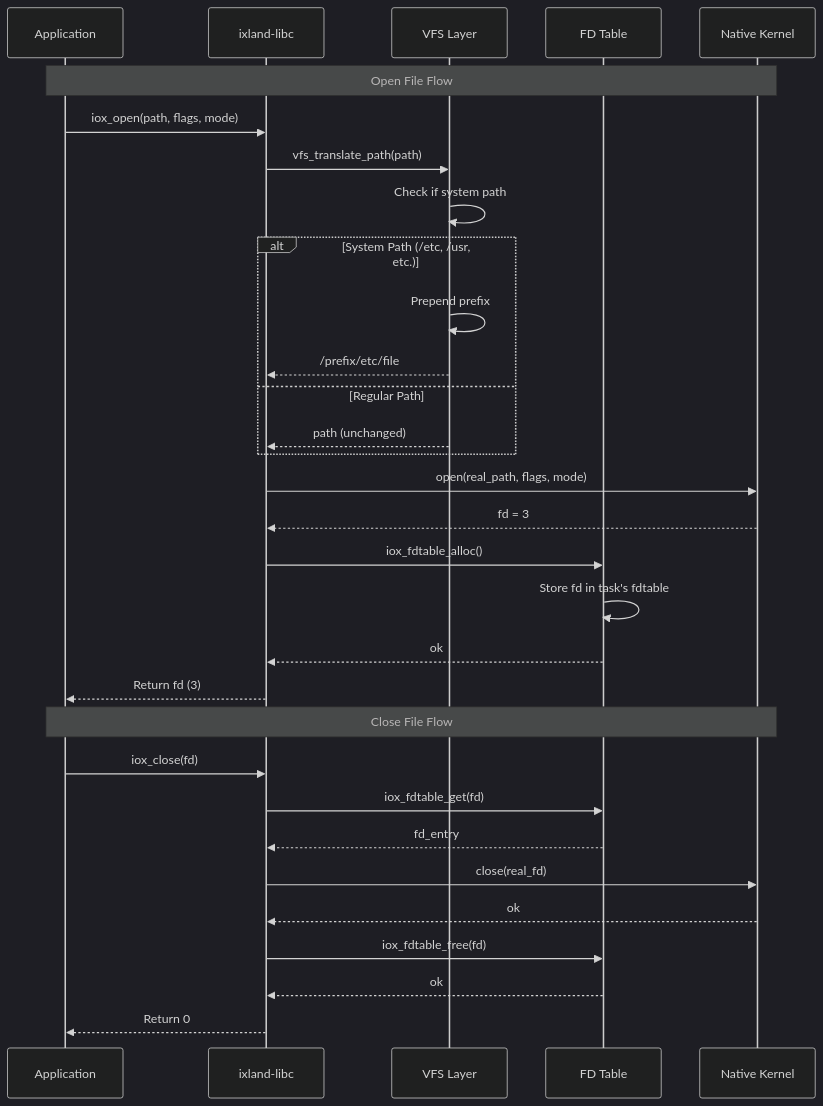
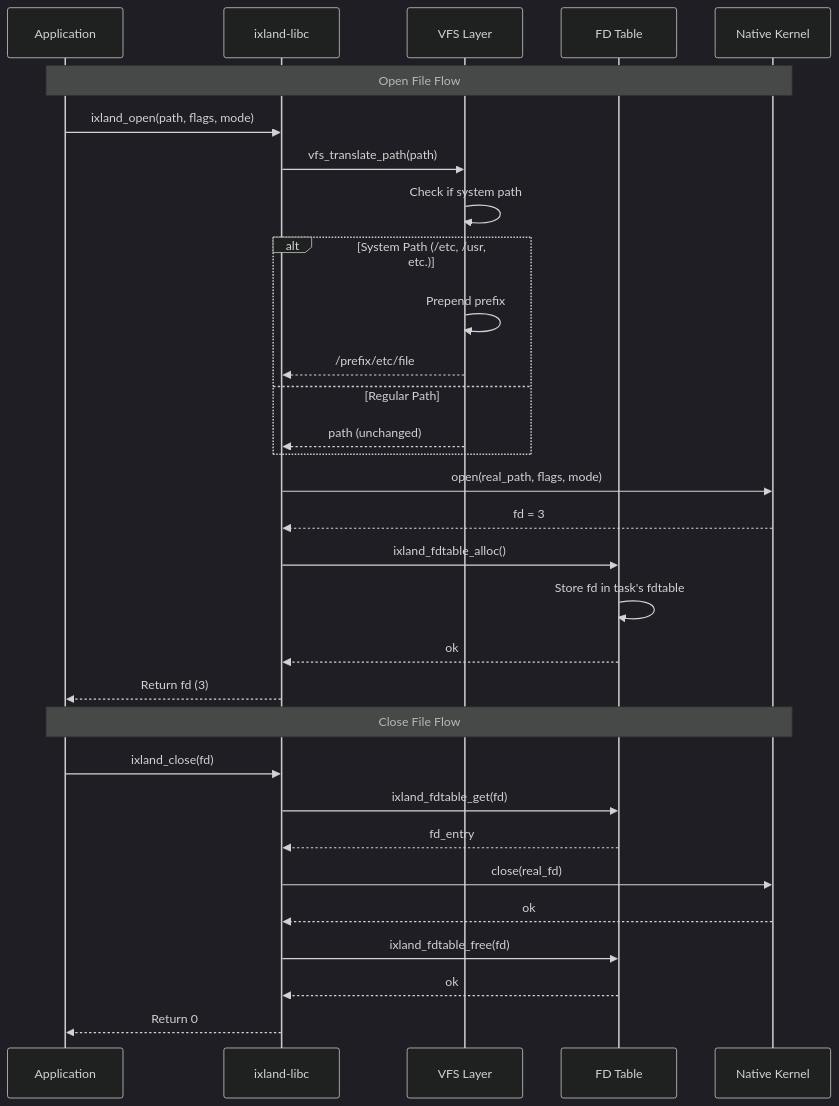
Before and after one commit to rudironsoni/ixland: the sixth of 15 diagrams in docs/ARCHITECTURE_POST_MISSION.md, drawn with Mermaid (dark theme). The commit also changed other lines of this file and 268 other files, not shown here.

Commit message:
refactor(naming): migrate remaining iox identifiers to ixland

````diff
--- a/docs/ARCHITECTURE_POST_MISSION.md
+++ b/docs/ARCHITECTURE_POST_MISSION.md
@@ -287,43 +287,43 @@
 ```mermaid
 sequenceDiagram
     participant App as Application
     participant Libc as ixland-libc
     participant VFS as VFS Layer
     participant FDT as FD Table
     participant Kernel as Native Kernel
 
     Note over App,Kernel: Open File Flow
 
-    App->>Libc: iox_open(path, flags, mode)
+    App->>Libc: ixland_open(path, flags, mode)
     Libc->>VFS: vfs_translate_path(path)
     VFS->>VFS: Check if system path
 
     alt System Path (/etc, /usr, etc.)
         VFS->>VFS: Prepend prefix
         VFS-->>Libc: /prefix/etc/file
     else Regular Path
         VFS-->>Libc: path (unchanged)
     end
 
     Libc->>Kernel: open(real_path, flags, mode)
     Kernel-->>Libc: fd = 3
 
-    Libc->>FDT: iox_fdtable_alloc()
+    Libc->>FDT: ixland_fdtable_alloc()
     FDT->>FDT: Store fd in task's fdtable
     FDT-->>Libc: ok
 
     Libc-->>App: Return fd (3)
 
     Note over App,Kernel: Close File Flow
 
-    App->>Libc: iox_close(fd)
-    Libc->>FDT: iox_fdtable_get(fd)
+    App->>Libc: ixland_close(fd)
+    Libc->>FDT: ixland_fdtable_get(fd)
     FDT-->>Libc: fd_entry
 
     Libc->>Kernel: close(real_fd)
     Kernel-->>Libc: ok
 
-    Libc->>FDT: iox_fdtable_free(fd)
+    Libc->>FDT: ixland_fdtable_free(fd)
     FDT-->>Libc: ok
     Libc-->>App: Return 0
 ```
````
